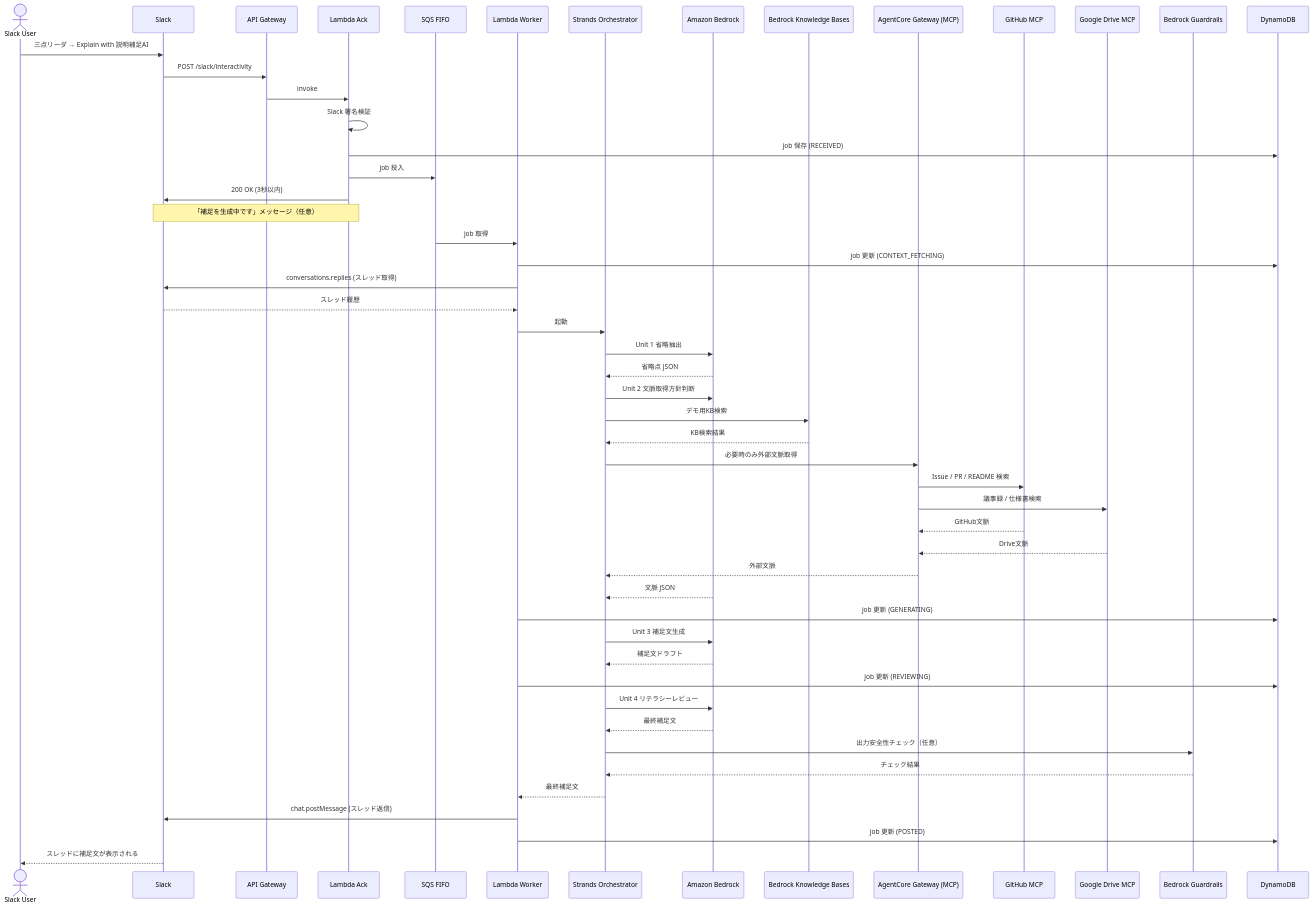
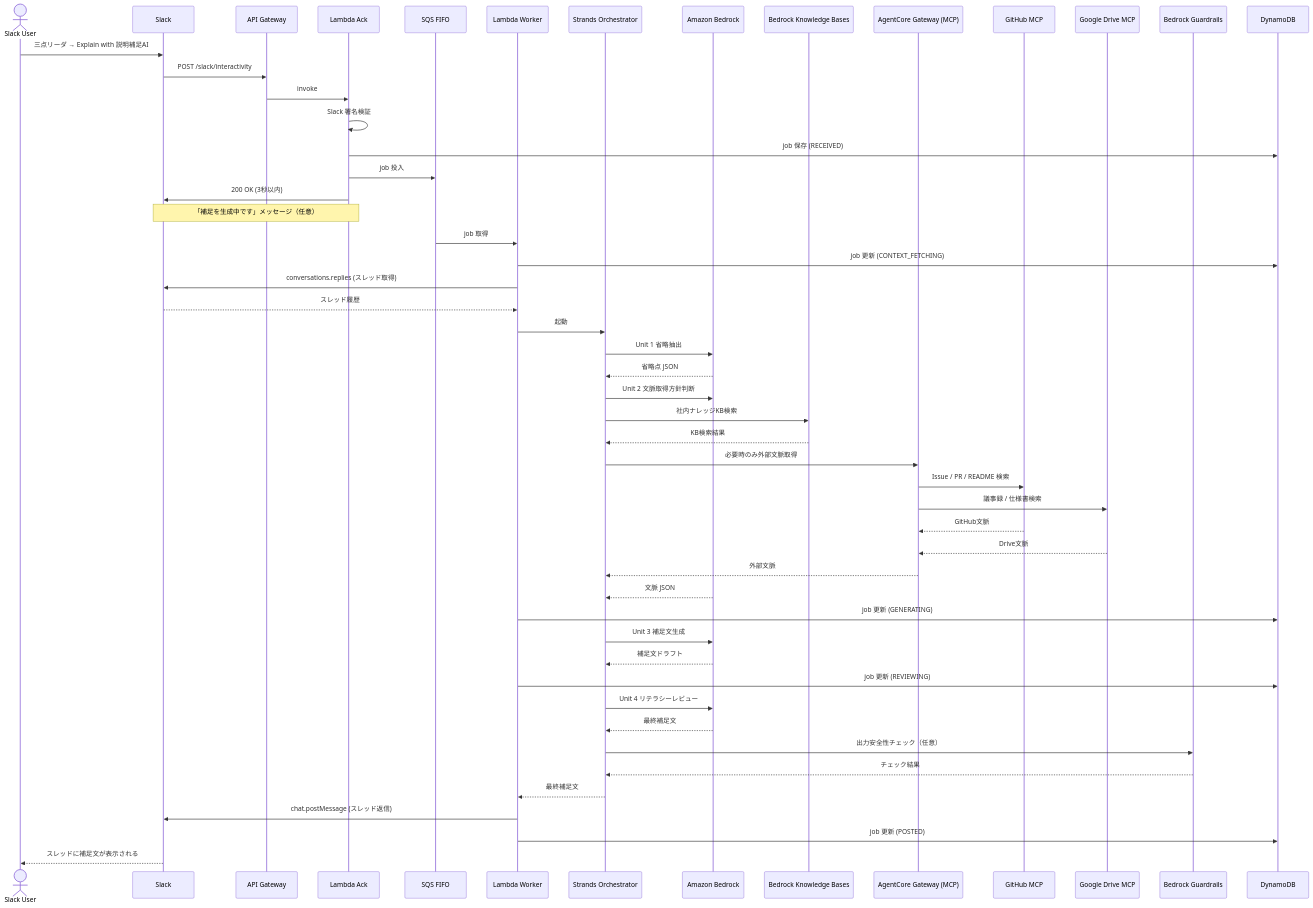
One commit to taku-arsenal/context-butler changed the second of 3 diagrams in docs/03_architecture.md. Above: the diagram before and after it, drawn with Mermaid. The commit also changed other lines of this file and 12 other files, not shown here.

````diff
--- a/docs/03_architecture.md
+++ b/docs/03_architecture.md
@@ -262,58 +261,58 @@
 ```mermaid
 sequenceDiagram
   actor User as Slack User
   participant Slack as Slack
   participant APIGW as API Gateway
   participant AckLambda as Lambda Ack
   participant SQS as SQS FIFO
   participant Worker as Lambda Worker
   participant Orchestrator as Strands Orchestrator
   participant Bedrock as Amazon Bedrock
   participant KB as Bedrock Knowledge Bases
   participant MCP as AgentCore Gateway (MCP)
   participant GitHub as GitHub MCP
   participant Drive as Google Drive MCP
   participant Guardrails as Bedrock Guardrails
   participant DDB as DynamoDB
 
   User->>Slack: 三点リーダ → Explain with 説明補足AI
   Slack->>APIGW: POST /slack/interactivity
   APIGW->>AckLambda: invoke
   AckLambda->>AckLambda: Slack 署名検証
   AckLambda->>DDB: job 保存 (RECEIVED)
   AckLambda->>SQS: job 投入
   AckLambda->>Slack: 200 OK (3秒以内)
   Note over AckLambda,Slack: 「補足を生成中です」メッセージ（任意）
 
   SQS->>Worker: job 取得
   Worker->>DDB: job 更新 (CONTEXT_FETCHING)
   Worker->>Slack: conversations.replies (スレッド取得)
   Slack-->>Worker: スレッド履歴
 
   Worker->>Orchestrator: 起動
   Orchestrator->>Bedrock: Unit 1 省略抽出
   Bedrock-->>Orchestrator: 省略点 JSON
   Orchestrator->>Bedrock: Unit 2 文脈取得方針判断
-  Orchestrator->>KB: デモ用KB検索
+  Orchestrator->>KB: 社内ナレッジKB検索
   KB-->>Orchestrator: KB検索結果
   Orchestrator->>MCP: 必要時のみ外部文脈取得
   MCP->>GitHub: Issue / PR / README 検索
   MCP->>Drive: 議事録 / 仕様書検索
   GitHub-->>MCP: GitHub文脈
   Drive-->>MCP: Drive文脈
   MCP-->>Orchestrator: 外部文脈
   Bedrock-->>Orchestrator: 文脈 JSON
   Worker->>DDB: job 更新 (GENERATING)
   Orchestrator->>Bedrock: Unit 3 補足文生成
   Bedrock-->>Orchestrator: 補足文ドラフト
   Worker->>DDB: job 更新 (REVIEWING)
   Orchestrator->>Bedrock: Unit 4 リテラシーレビュー
   Bedrock-->>Orchestrator: 最終補足文
   Orchestrator->>Guardrails: 出力安全性チェック（任意）
   Guardrails-->>Orchestrator: チェック結果
 
   Orchestrator-->>Worker: 最終補足文
   Worker->>Slack: chat.postMessage (スレッド返信)
   Worker->>DDB: job 更新 (POSTED)
   Slack-->>User: スレッドに補足文が表示される
 ```
````
